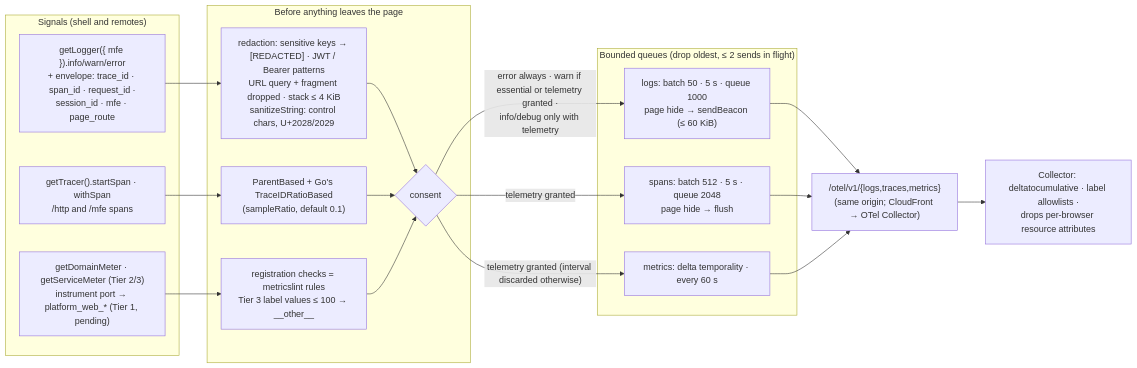
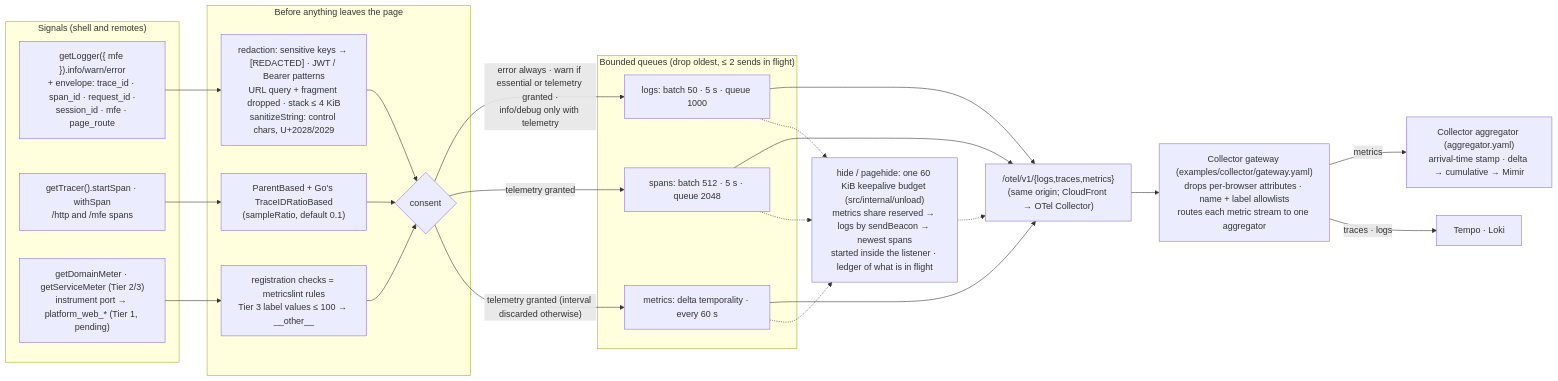
Before and after one commit to BCBP-SOLUTIONS-FZC-LLC/platform-reactcommon: the diagram in docs/architecture/mermaid/telemetry-pipeline.mmd, drawn with Mermaid. The commit also changed 12 other files, not shown here.

First line of the commit message:
docs: align README, ARCHITECTURE, LLD and a .claude reference set with v1.0.0-alpha.1 (#33)

```diff
--- a/docs/architecture/mermaid/telemetry-pipeline.mmd
+++ b/docs/architecture/mermaid/telemetry-pipeline.mmd
@@ -1,32 +1,37 @@
 graph LR
     subgraph sources["Signals (shell and remotes)"]
         logs["getLogger({ mfe }).info/warn/error<br/>+ envelope: trace_id · span_id · request_id ·<br/>session_id · mfe · page_route"]
         spans["getTracer().startSpan · withSpan<br/>/http and /mfe spans"]
         meters["getDomainMeter · getServiceMeter (Tier 2/3)<br/>instrument port → platform_web_* (Tier 1, pending)"]
     end
 
     subgraph guard["Before anything leaves the page"]
         redact["redaction: sensitive keys → [REDACTED] · JWT / Bearer patterns<br/>URL query + fragment dropped · stack ≤ 4 KiB<br/>sanitizeString: control chars, U+2028/2029"]
         consent{"consent"}
         sample["ParentBased + Go's TraceIDRatioBased<br/>(sampleRatio, default 0.1)"]
         checks["registration checks = metricslint rules<br/>Tier 3 label values ≤ 100 → __other__"]
     end
 
     subgraph queues["Bounded queues (drop oldest, ≤ 2 sends in flight)"]
-        lq["logs: batch 50 · 5 s · queue 1000<br/>page hide → sendBeacon (≤ 60 KiB)"]
-        tq["spans: batch 512 · 5 s · queue 2048<br/>page hide → flush"]
+        lq["logs: batch 50 · 5 s · queue 1000"]
+        tq["spans: batch 512 · 5 s · queue 2048"]
         mq["metrics: delta temporality · every 60 s"]
     end
+
+    unload["hide / pagehide: one 60 KiB keepalive budget (src/internal/unload)<br/>metrics share reserved → logs by sendBeacon → newest spans<br/>started inside the listener · ledger of what is in flight"]
 
     otel["/otel/v1/{logs,traces,metrics}<br/>(same origin; CloudFront → OTel Collector)"]
 
     logs --> redact --> consent
     spans --> sample --> consent
     meters --> checks --> consent
     consent -->|"error always · warn if essential or telemetry granted ·<br/>info/debug only with telemetry"| lq
     consent -->|"telemetry granted"| tq
     consent -->|"telemetry granted (interval discarded otherwise)"| mq
     lq --> otel
     tq --> otel
     mq --> otel
-    otel --> coll["Collector: deltatocumulative · label allowlists ·<br/>drops per-browser resource attributes"]
+    lq & tq & mq -.-> unload -.-> otel
+    otel --> gw["Collector gateway (examples/collector/gateway.yaml)<br/>drops per-browser attributes · name + label allowlists<br/>routes each metric stream to one aggregator"]
+    gw -->|"metrics"| agg["Collector aggregator (aggregator.yaml)<br/>arrival-time stamp · delta → cumulative → Mimir"]
+    gw -->|"traces · logs"| backends["Tempo · Loki"]
```
